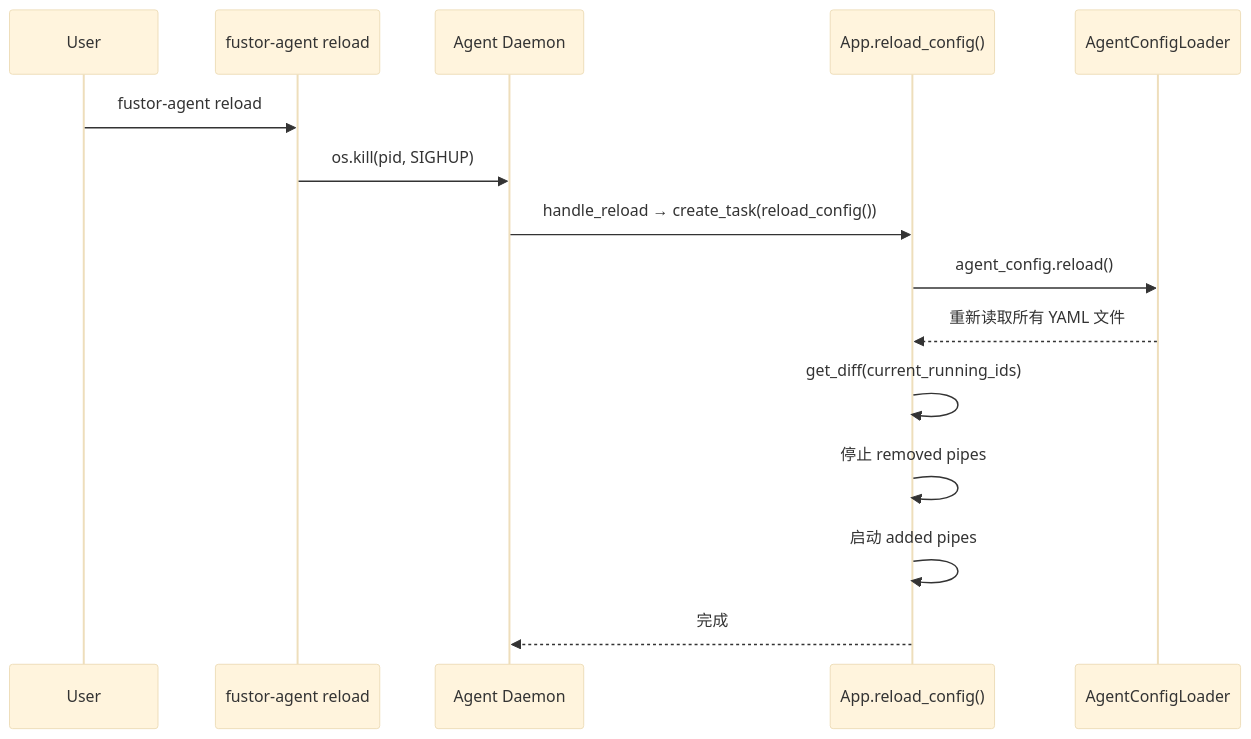
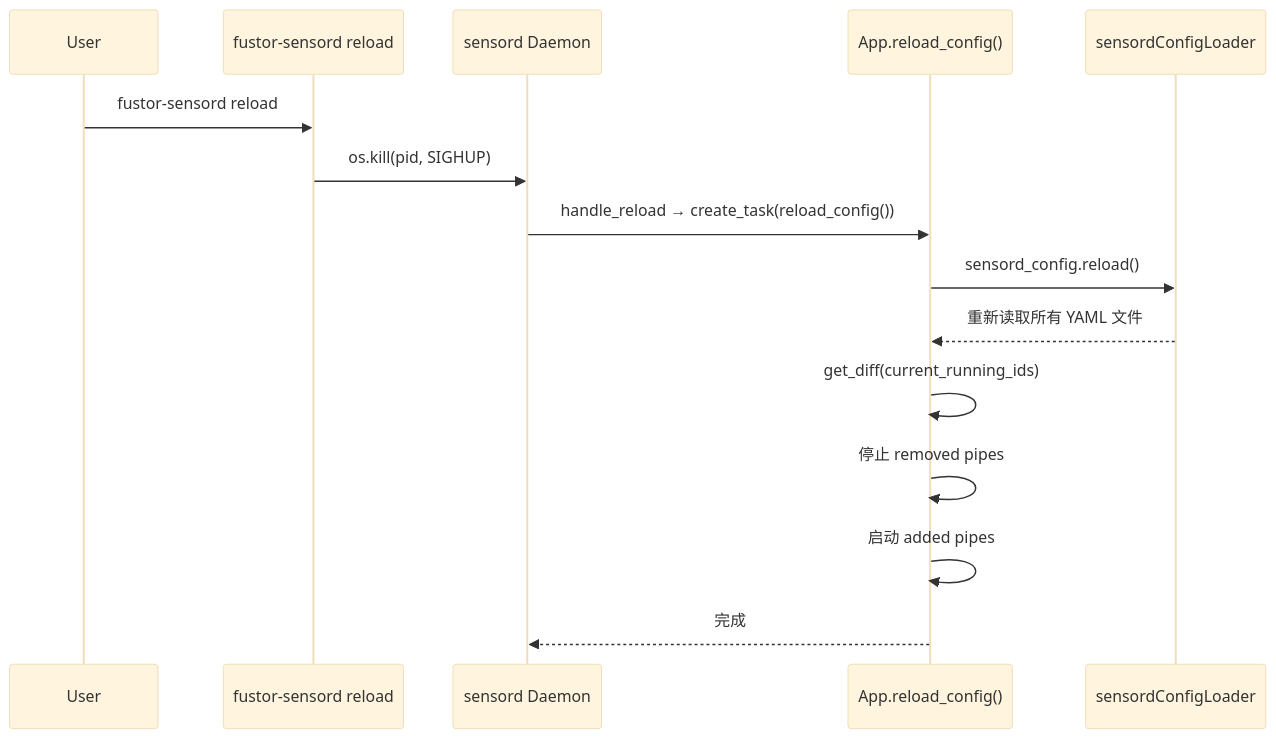
Before and after one commit to excelwang/fustor-data-platform: the first of 2 diagrams in specs/L3-RUNTIME/HOT_RELOAD.md, drawn with Mermaid (base theme). The commit also changed other lines of this file and 13 other files, not shown here.

Commit message:
rename: agent->sensord

````diff
--- a/specs/L3-RUNTIME/HOT_RELOAD.md
+++ b/specs/L3-RUNTIME/HOT_RELOAD.md
@@ -49,18 +49,18 @@
 ```mermaid
 sequenceDiagram
     participant User
-    participant CLI as fustor-agent reload
-    participant Daemon as Agent Daemon
+    participant CLI as fustor-sensord reload
+    participant Daemon as sensord Daemon
     participant App as App.reload_config()
-    participant Config as AgentConfigLoader
+    participant Config as sensordConfigLoader
 
-    User->>CLI: fustor-agent reload
+    User->>CLI: fustor-sensord reload
     CLI->>Daemon: os.kill(pid, SIGHUP)
     Daemon->>App: handle_reload → create_task(reload_config())
-    App->>Config: agent_config.reload()
+    App->>Config: sensord_config.reload()
     Config-->>App: 重新读取所有 YAML 文件
     App->>App: get_diff(current_running_ids)
     App->>App: 停止 removed pipes
     App->>App: 启动 added pipes
     App-->>Daemon: 完成
 ```
````
